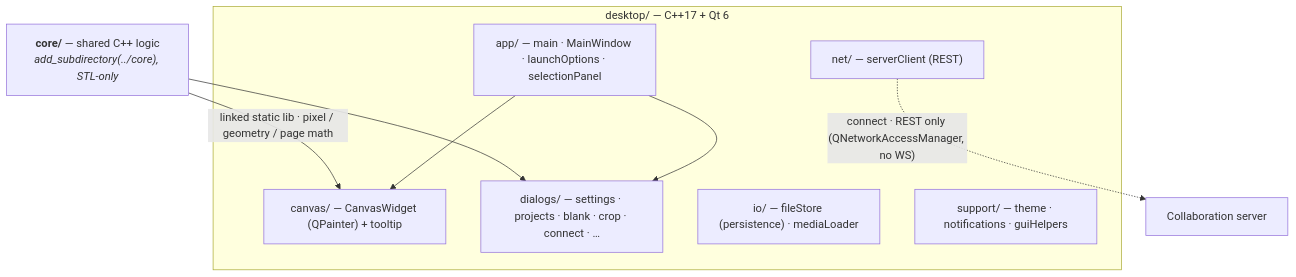
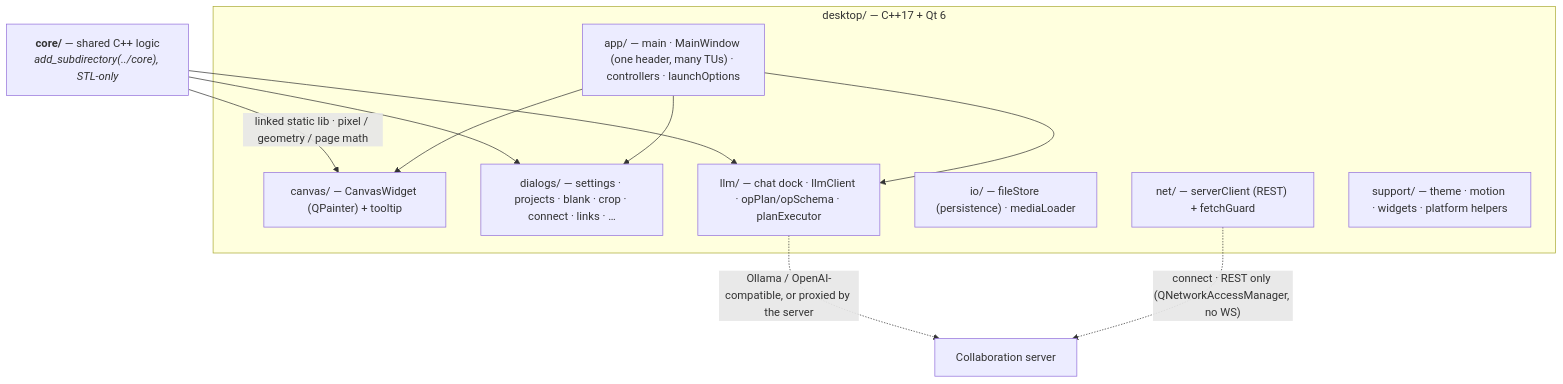
The diagram in desktop/README.md (andrew1407/stencil), drawn with Mermaid before and after one commit. The commit also changed other lines of this file and 3128 other files, not shown here.

````diff
--- a/desktop/README.md
+++ b/desktop/README.md
@@ -9,19 +9,23 @@
 ```mermaid
 graph TD
     CORE["<b>core/</b> — shared C++ logic<br/><i>add_subdirectory(../core), STL-only</i>"]
     subgraph APP["desktop/ — C++17 + Qt 6"]
-      MAIN["app/ — main · MainWindow · launchOptions · selectionPanel"]
+      MAIN["app/ — main · MainWindow (one header, many TUs) · controllers · launchOptions"]
       CANVAS["canvas/ — CanvasWidget (QPainter) + tooltip"]
-      DLG["dialogs/ — settings · projects · blank · crop · connect · …"]
+      DLG["dialogs/ — settings · projects · blank · crop · connect · links · …"]
+      LLM["llm/ — chat dock · llmClient · opPlan/opSchema · planExecutor"]
       IO["io/ — fileStore (persistence) · mediaLoader"]
-      NET["net/ — serverClient (REST)"]
-      SUP["support/ — theme · notifications · guiHelpers"]
+      NET["net/ — serverClient (REST) + fetchGuard"]
+      SUP["support/ — theme · motion · widgets · platform helpers"]
     end
     SRV["Collaboration server"]
 
     CORE -->|"linked static lib · pixel / geometry / page math"| CANVAS
     CORE --> DLG
+    CORE --> LLM
     MAIN --> CANVAS
     MAIN --> DLG
+    MAIN --> LLM
+    LLM -.->|"Ollama / OpenAI-compatible, or proxied by the server"| SRV
     NET -.->|"connect · REST only (QNetworkAccessManager, no WS)"| SRV
 ```
````
